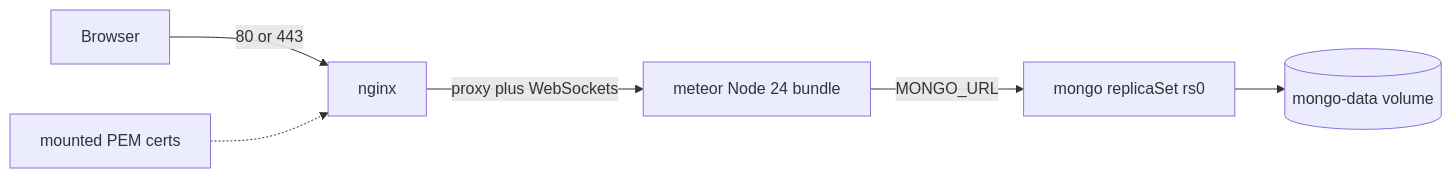
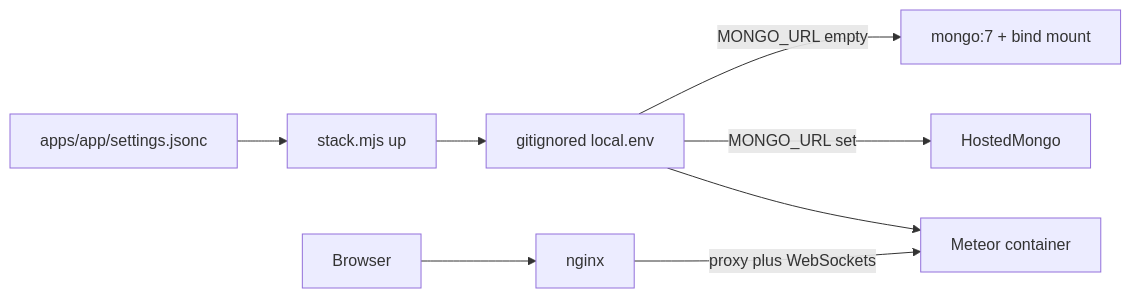
Before and after one commit to kasgarally/ik-nexus: the third of 4 diagrams in docker/README.md, drawn with Mermaid. The commit also changed other lines of this file and 19 other files, not shown here.

Commit message:
Add Docker runtime settings, dual Mongo, and manual Meteor app deploy docs.

````diff
--- a/docker/README.md
+++ b/docker/README.md
@@ -154,14 +163,10 @@
 ```mermaid
 flowchart LR
-  browser[Browser]
-  nginx[nginx]
-  meteor["meteor Node 24 bundle"]
-  mongo[mongo replicaSet rs0]
-  volume[(mongo-data volume)]
-  certs[mounted PEM certs]
-  browser -->|"80 or 443"| nginx
+  jsonc["apps/app/settings.jsonc"] --> stack["stack.mjs up"]
+  stack --> localEnv["gitignored local.env"]
+  localEnv --> meteor["Meteor container"]
+  localEnv -->|"MONGO_URL set"| atlas[HostedMongo]
+  localEnv -->|"MONGO_URL empty"| localMongo["mongo:7 + bind mount"]
+  browser[Browser] --> nginx[nginx]
   nginx -->|"proxy plus WebSockets"| meteor
-  meteor -->|"MONGO_URL"| mongo
-  mongo --> volume
-  certs -.-> nginx
 ```
````
